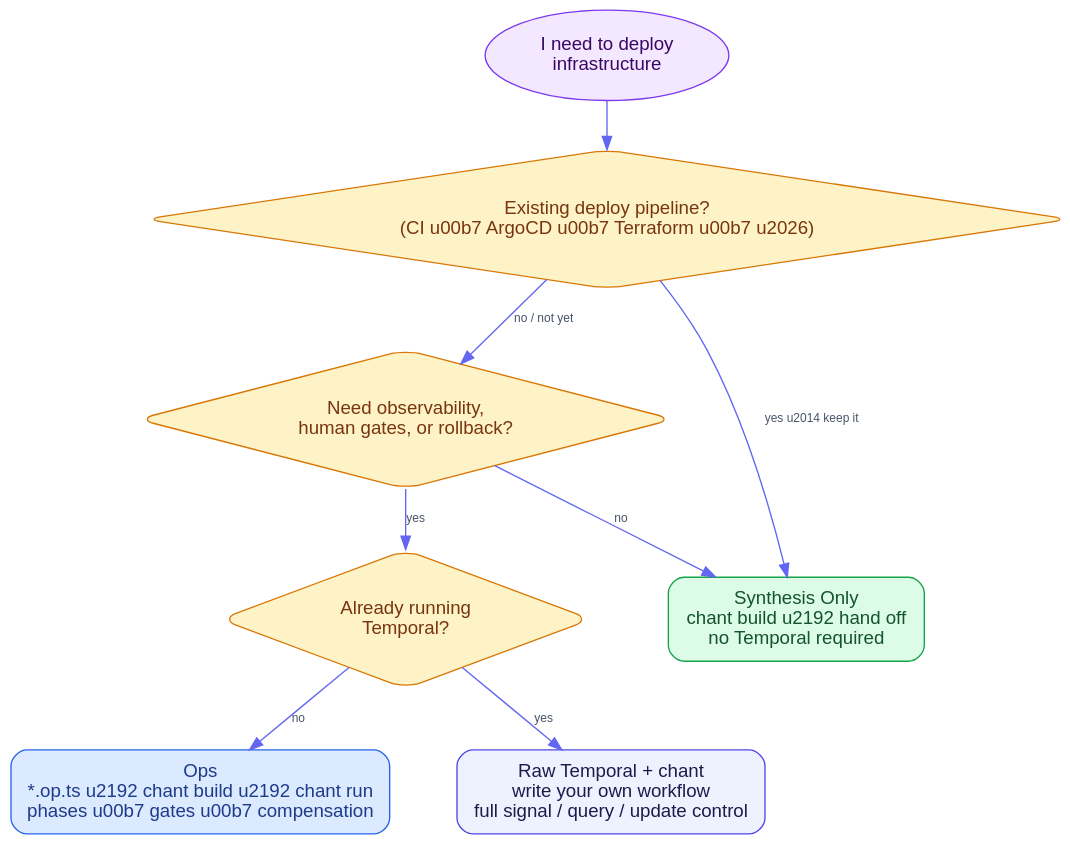
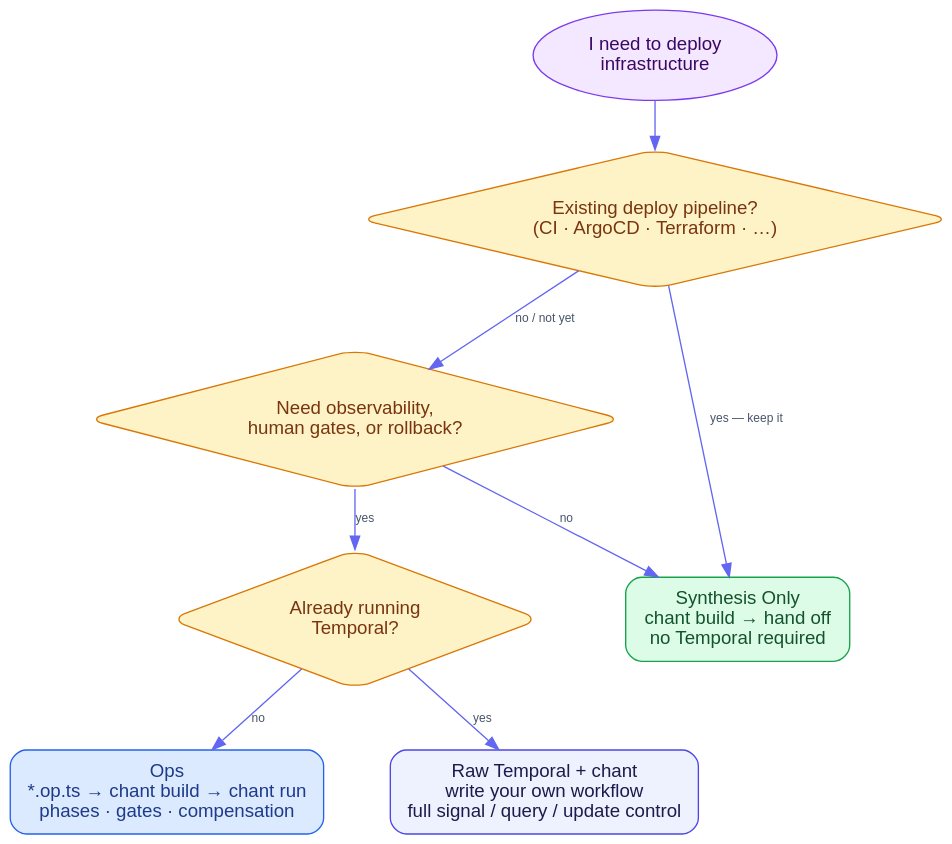
One commit to INTENTIUS/chant changed the diagram in docs/diagrams/deployment-paths.dot. Above: the diagram before and after it, drawn with Graphviz. The commit also changed 17 other files, not shown here.

```diff
--- a/docs/diagrams/deployment-paths.dot
+++ b/docs/diagrams/deployment-paths.dot
@@ -1,35 +1,35 @@
 digraph deployment_paths {
   rankdir=TB
   graph [fontname="Helvetica,Arial,sans-serif" bgcolor="transparent" pad="0.5" ranksep="0.5" nodesep="0.7"]
   node  [fontname="Helvetica,Arial,sans-serif" shape=box style="filled,rounded" margin="0.22,0.12"]
   edge  [fontname="Helvetica,Arial,sans-serif" fontsize=9 fontcolor="#475569" color="#6366F1"]
 
   start [label="I need to deploy\ninfrastructure"
          shape=oval fillcolor="#F3E8FF" color="#7C3AED" fontcolor="#3B0764"]
 
-  q1 [label="Existing deploy pipeline?\n(CI \u00b7 ArgoCD \u00b7 Terraform \u00b7 \u2026)"
+  q1 [label="Existing deploy pipeline?\n(CI · ArgoCD · Terraform · …)"
       shape=diamond fillcolor="#FEF3C7" color="#D97706" fontcolor="#78350F" margin="0.3,0.15"]
 
   q2 [label="Need observability,\nhuman gates, or rollback?"
       shape=diamond fillcolor="#FEF3C7" color="#D97706" fontcolor="#78350F" margin="0.3,0.15"]
 
   q3 [label="Already running\nTemporal?"
       shape=diamond fillcolor="#FEF3C7" color="#D97706" fontcolor="#78350F" margin="0.3,0.15"]
 
-  synth [label="Synthesis Only\nchant build \u2192 hand off\nno Temporal required"
+  synth [label="Synthesis Only\nchant build → hand off\nno Temporal required"
          fillcolor="#DCFCE7" color="#16A34A" fontcolor="#14532D"]
 
-  ops   [label="Ops\n*.op.ts \u2192 chant build \u2192 chant run\nphases \u00b7 gates \u00b7 compensation"
+  ops   [label="Ops\n*.op.ts → chant build → chant run\nphases · gates · compensation"
          fillcolor="#DBEAFE" color="#2563EB" fontcolor="#1E3A8A"]
 
   raw   [label="Raw Temporal + chant\nwrite your own workflow\nfull signal / query / update control"
          fillcolor="#EEF2FF" color="#4F46E5" fontcolor="#1E1B4B"]
 
   start -> q1
-  q1 -> synth [label="yes \u2014 keep it"]
+  q1 -> synth [label="yes — keep it"]
   q1 -> q2    [label="no / not yet"]
   q2 -> synth [label="no"]
   q2 -> q3    [label="yes"]
   q3 -> raw   [label="yes"]
   q3 -> ops   [label="no"]
 }
```
